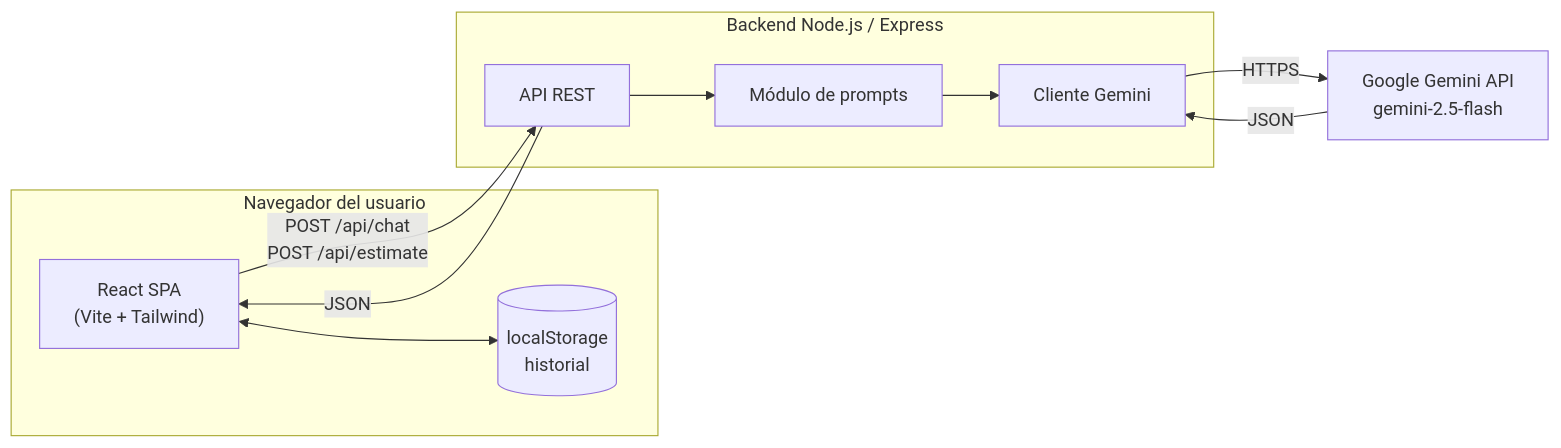
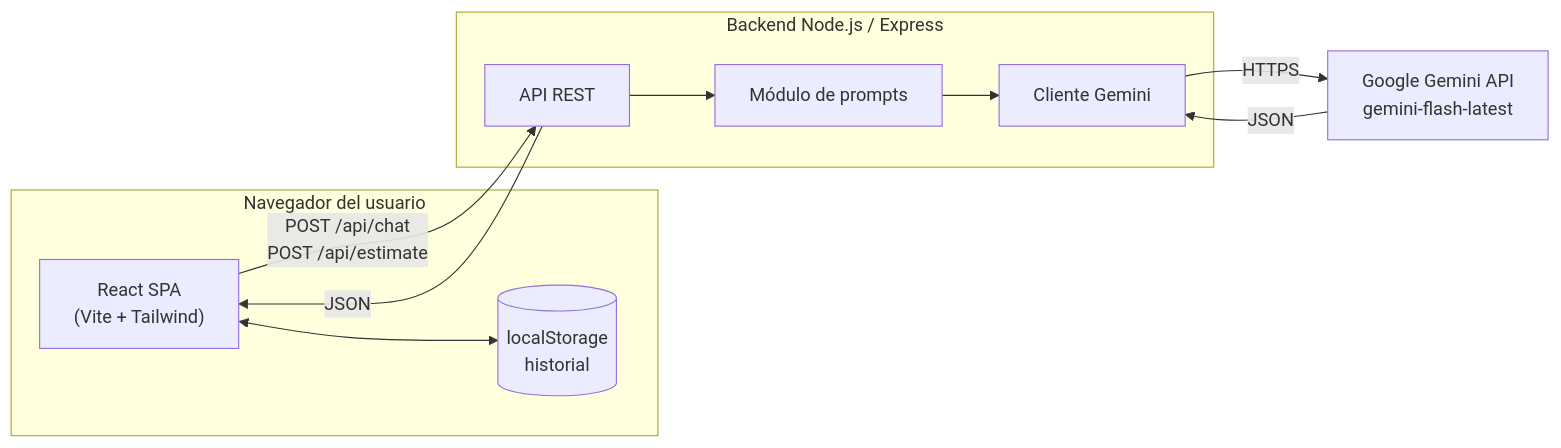
Before and after one commit to JeanSolano/ConstructIA-Proyecto-T-picos-: the first of 3 diagrams in docs/ARQUITECTURA.md, drawn with Mermaid. The commit also changed other lines of this file and 5 other files, not shown here.

First line of the commit message:
fix: usa gemini-flash-latest para evitar 404 en usuarios nuevos

````diff
--- a/docs/ARQUITECTURA.md
+++ b/docs/ARQUITECTURA.md
@@ -14,22 +14,22 @@
 ```mermaid
 flowchart LR
     subgraph Cliente["Navegador del usuario"]
         UI["React SPA<br/>(Vite + Tailwind)"]
         LS[("localStorage<br/>historial")]
         UI <--> LS
     end
 
     subgraph Servidor["Backend Node.js / Express"]
         API["API REST"]
         PROMPT["Módulo de prompts"]
         GEM["Cliente Gemini"]
         API --> PROMPT --> GEM
     end
 
-    IA["Google Gemini API<br/>gemini-2.5-flash"]
+    IA["Google Gemini API<br/>gemini-flash-latest"]
 
     UI -- "POST /api/chat<br/>POST /api/estimate" --> API
     API -- "JSON" --> UI
     GEM -- "HTTPS" --> IA
     IA -- "JSON" --> GEM
 ```
````
